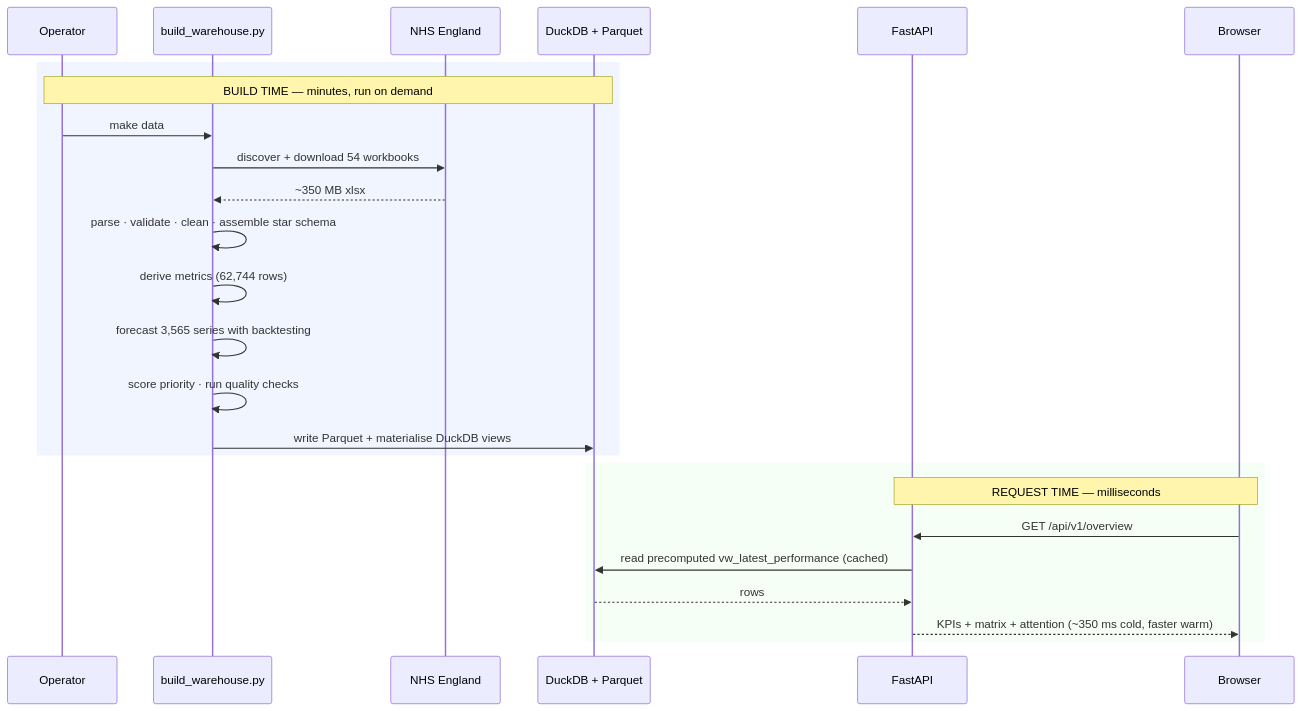
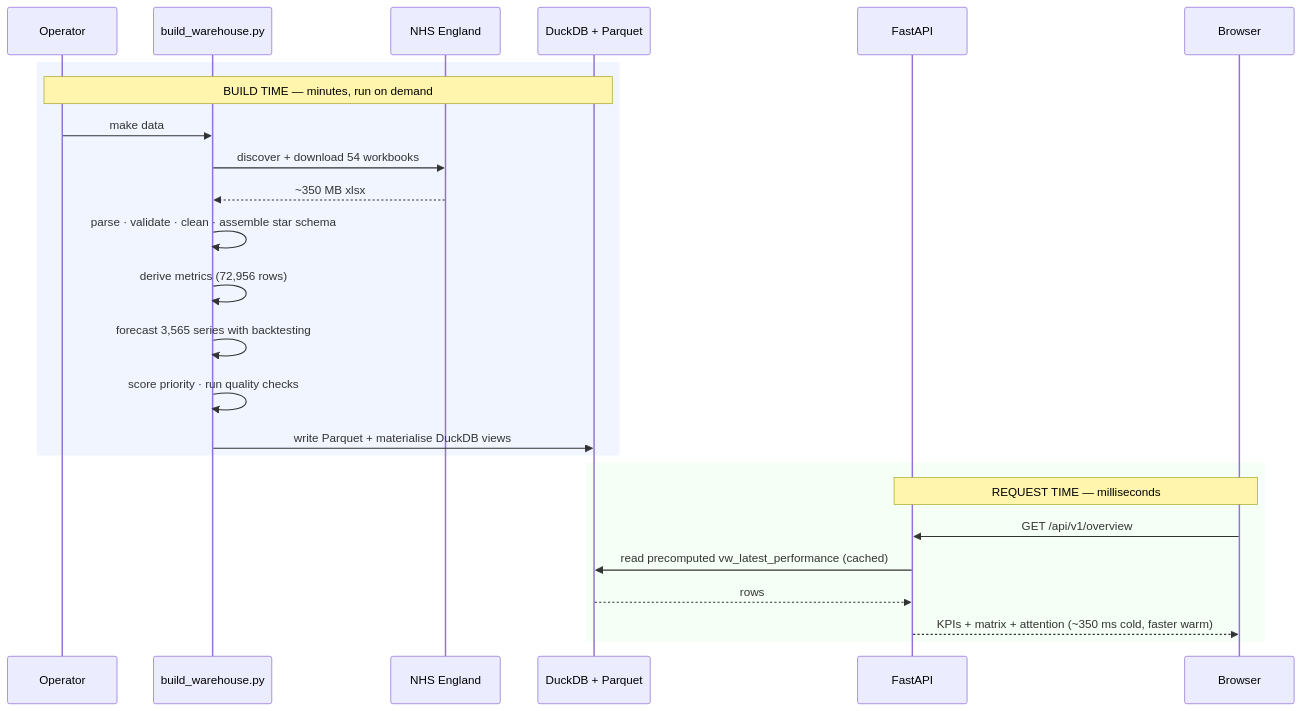
The second of 4 diagrams in docs/architecture.md (jyotheshkar/nhs-elective-flow-intelligence), drawn with Mermaid before and after one commit. The commit also changed other lines of this file and 40 other files, not shown here.

Commit message:
Add AWS release architecture, BI import kit and verified QA evidence

````diff
--- a/docs/architecture.md
+++ b/docs/architecture.md
@@ -84,29 +84,29 @@
 ```mermaid
 sequenceDiagram
     participant Op as Operator
     participant BW as build_warehouse.py
     participant NHS as NHS England
     participant DW as DuckDB + Parquet
     participant API as FastAPI
     participant UI as Browser
 
     rect rgb(240,245,255)
     note over Op,DW: BUILD TIME — minutes, run on demand
     Op->>BW: make data
     BW->>NHS: discover + download 54 workbooks
     NHS-->>BW: ~350 MB xlsx
     BW->>BW: parse · validate · clean · assemble star schema
-    BW->>BW: derive metrics (62,744 rows)
+    BW->>BW: derive metrics (72,956 rows)
     BW->>BW: forecast 3,565 series with backtesting
     BW->>BW: score priority · run quality checks
     BW->>DW: write Parquet + materialise DuckDB views
     end
 
     rect rgb(245,255,245)
     note over API,UI: REQUEST TIME — milliseconds
     UI->>API: GET /api/v1/overview
     API->>DW: read precomputed vw_latest_performance (cached)
     DW-->>API: rows
     API-->>UI: KPIs + matrix + attention (~350 ms cold, faster warm)
     end
 ```
````
